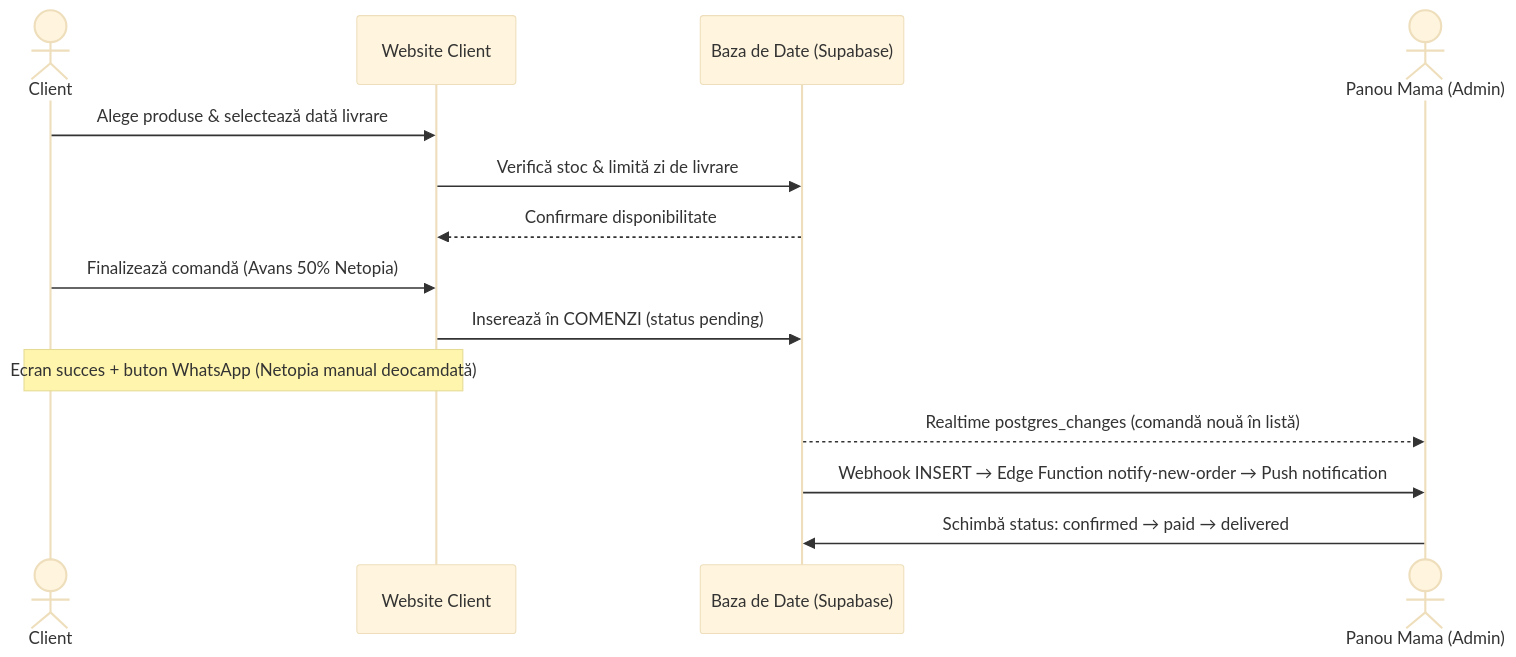
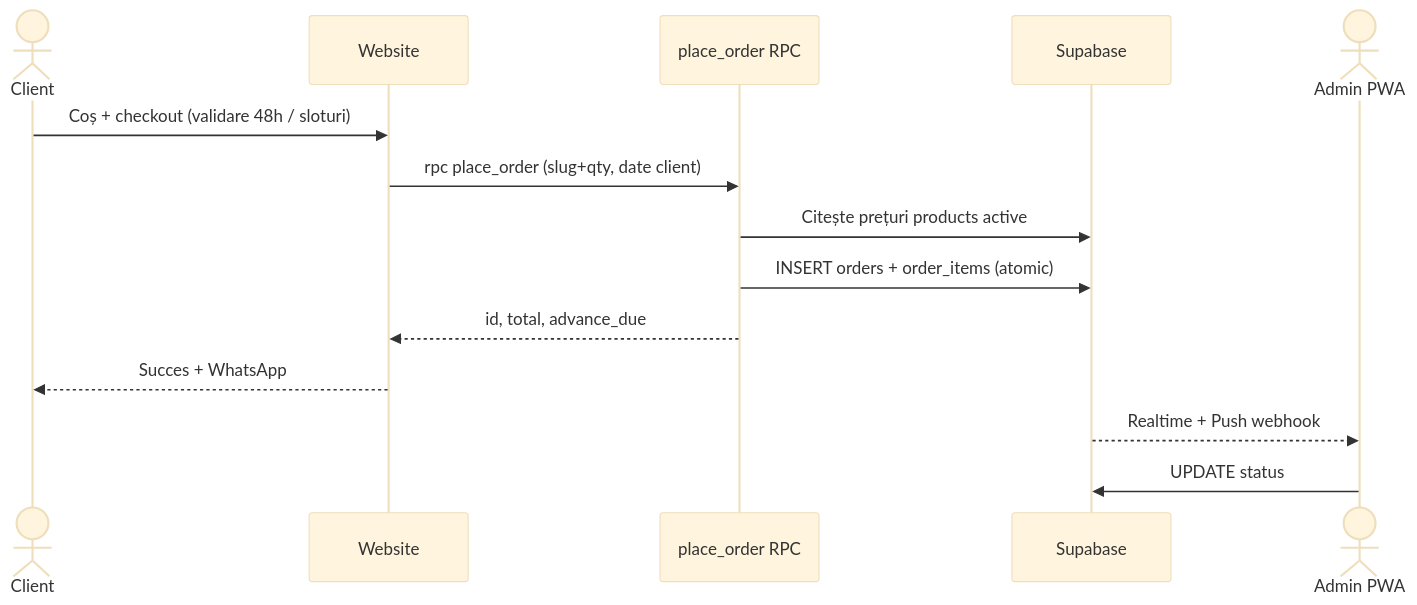
Before and after one commit to EmanuelRado/biocake: the second of 2 diagrams in Arhitectura Sistemului.md, drawn with Mermaid (base theme). The commit also changed other lines of this file and 18 other files, not shown here.

First line of the commit message:
Ship place_order RPC, brand messaging without refined sugar, and Day 3 SEO.

````diff
--- a/Arhitectura Sistemului.md
+++ b/Arhitectura Sistemului.md
@@ -110,17 +108,17 @@
 ```mermaid
 sequenceDiagram
     actor Client
-    participant Frontend as Website Client
-    participant Supabase as Baza de Date (Supabase)
-    actor Admin as Panou Mama (Admin)
-    
-    Client->>Frontend: Alege produse & selectează dată livrare
-    Frontend->>Supabase: Verifică stoc & limită zi de livrare
-    Supabase-->>Frontend: Confirmare disponibilitate
-    Client->>Frontend: Finalizează comandă (Avans 50% Netopia)
-    Frontend->>Supabase: Inserează în COMENZI (status pending)
-    Note over Client,Frontend: Ecran succes + buton WhatsApp (Netopia manual deocamdată)
-    Supabase-->>Admin: Realtime postgres_changes (comandă nouă în listă)
-    Supabase->>Admin: Webhook INSERT → Edge Function notify-new-order → Push notification
-    Admin->>Supabase: Schimbă status: confirmed → paid → delivered
+    participant FE as Website
+    participant RPC as place_order RPC
+    participant DB as Supabase
+    actor Admin as Admin PWA
+
+    Client->>FE: Coș + checkout (validare 48h / sloturi)
+    FE->>RPC: rpc place_order (slug+qty, date client)
+    RPC->>DB: Citește prețuri products active
+    RPC->>DB: INSERT orders + order_items (atomic)
+    RPC-->>FE: id, total, advance_due
+    FE-->>Client: Succes + WhatsApp
+    DB-->>Admin: Realtime + Push webhook
+    Admin->>DB: UPDATE status
 ```
````
